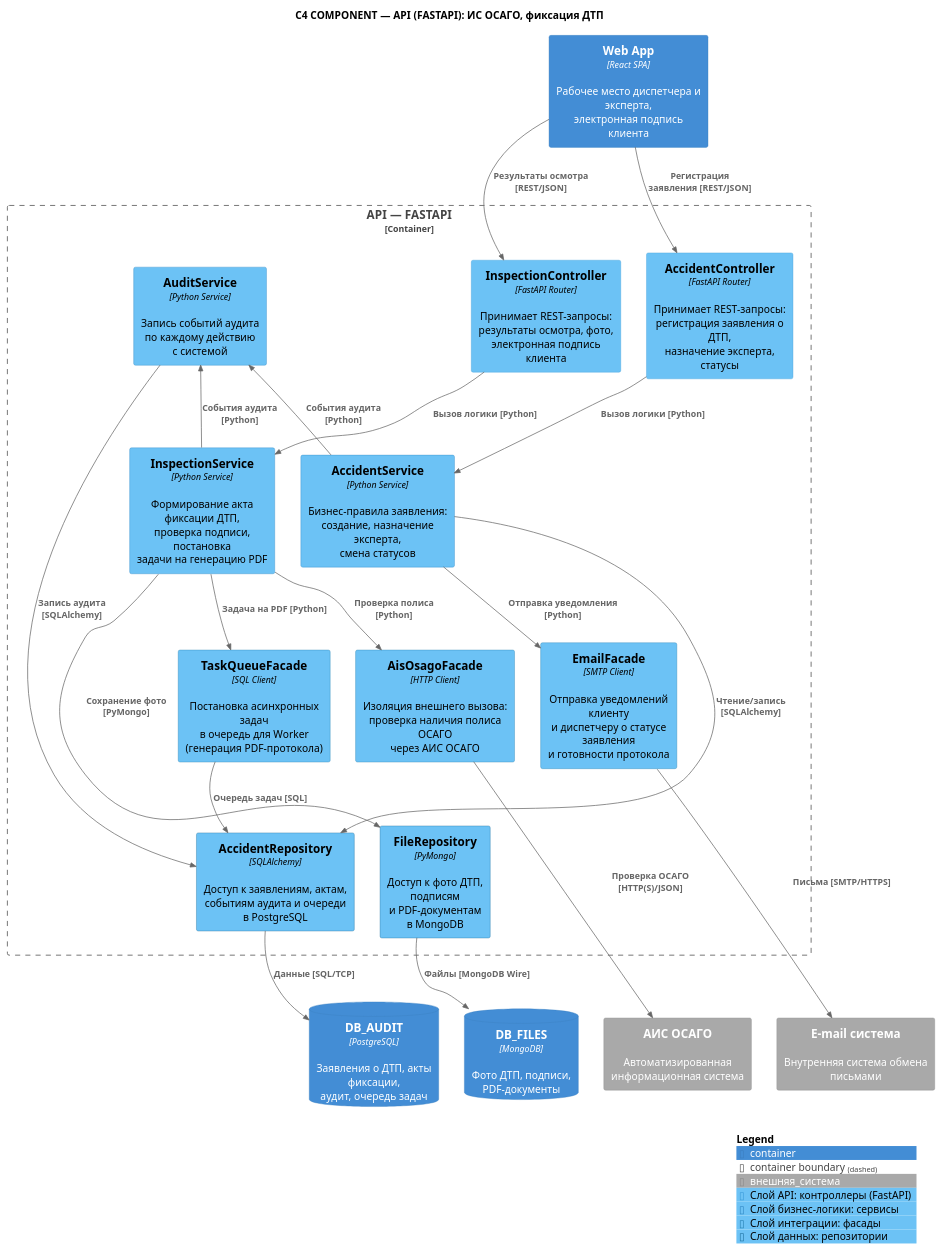
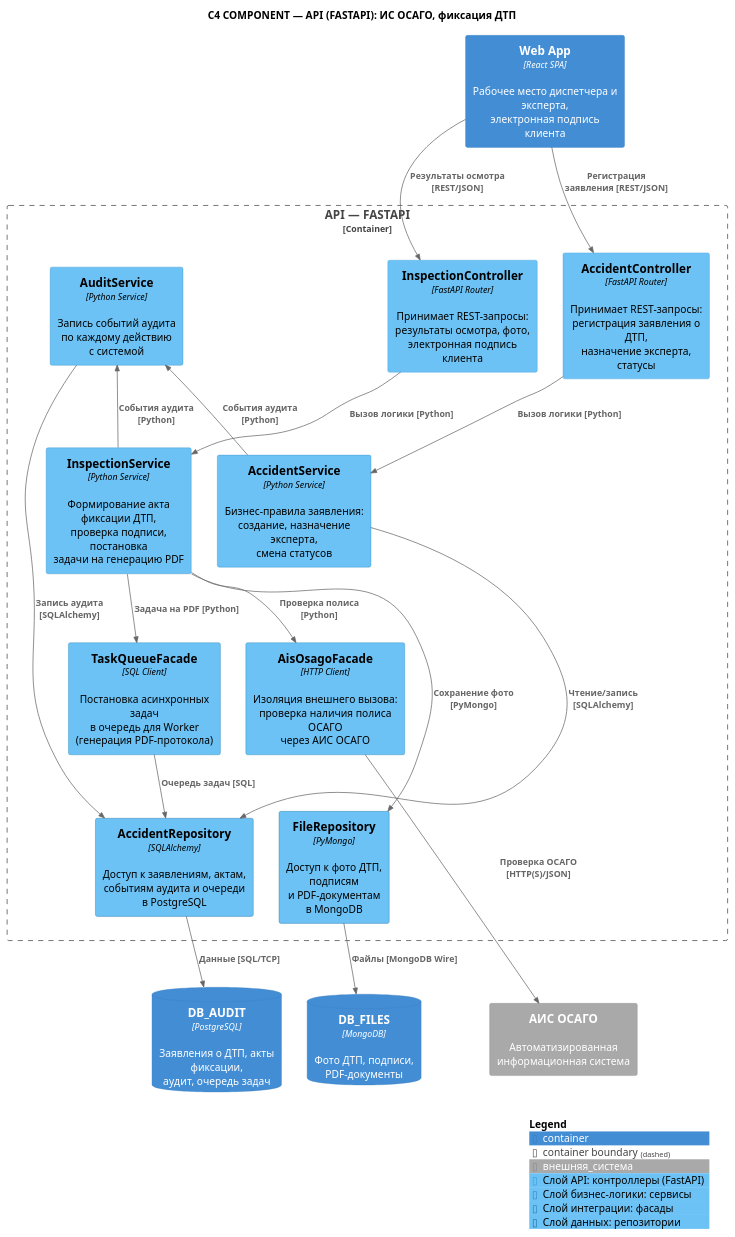
The diagram in docs_and_diagrams/Dima/component.puml (ElectricLight-ELO/Insurance-system), drawn with PlantUML before and after one commit. The commit also changed 1 other file, not shown here.

```diff
--- a/docs_and_diagrams/Dima/component.puml
+++ b/docs_and_diagrams/Dima/component.puml
@@ -1,139 +1,132 @@
 @startuml
 !include https://raw.githubusercontent.com/plantuml-stdlib/C4-PlantUML/master/C4_Component.puml
 
 title C4 COMPONENT — API (FASTAPI): ИС ОСАГО, фиксация ДТП
 
-' === НАСТРОЙКА ЦВЕТОВ (БЕЗ ИЗМЕНЕНИЙ) ===
 AddSystemTag("внешняя_система", $bgColor="#A9A9A9", $borderColor="#8A8A8A", $fontColor="#FFFFFF")
 
 AddComponentTag("api", $bgColor="#6cc2f5", $borderColor="#3A9BD8", $fontColor="#000000", $legendText="Слой API: контроллеры (FastAPI)")
 AddComponentTag("service", $bgColor="#6cc2f5", $borderColor="#2E86C1", $fontColor="#000000", $legendText="Слой бизнес-логики: сервисы")
 AddComponentTag("integration", $bgColor="#6cc2f5", $borderColor="#247FB0", $fontColor="#000000", $legendText="Слой интеграции: фасады")
 AddComponentTag("data", $bgColor="#6cc2f5", $borderColor="#1B6E9C", $fontColor="#000000", $legendText="Слой данных: репозитории")
 
-' === ВЫЗЫВАЮЩИЙ КОНТЕЙНЕР (СВЕРХУ) ===
 Container(web_app, "Web App", "React SPA", "Рабочее место диспетчера и эксперта,\nэлектронная подпись клиента")
 
-' === РАЗБИРАЕМЫЙ КОНТЕЙНЕР: API (FASTAPI) ===
 Container_Boundary(api, "API — FASTAPI") {
 
     ' --- Слой API / представления ---
     together {
         Component(c_insp, "InspectionController", "FastAPI Router", "Принимает REST-запросы:\nрезультаты осмотра, фото,\nэлектронная подпись клиента", $tags="api")
         Component(c_acc, "AccidentController", "FastAPI Router", "Принимает REST-запросы:\nрегистрация заявления о ДТП,\nназначение эксперта, статусы", $tags="api")
     }
 
     ' --- Слой бизнес-логики ---
     ' ВАЖНО: Ставим AuditService ПЕРВЫМ, чтобы он был слева, и связываем его right-связью
     together {
         Component(s_audit, "AuditService", "Python Service", "Запись событий аудита\nпо каждому действию\nс системой", $tags="service")
         Component(s_insp, "InspectionService", "Python Service", "Формирование акта фиксации ДТП,\nпроверка подписи, постановка\nзадачи на генерацию PDF", $tags="service")
         Component(s_acc, "AccidentService", "Python Service", "Бизнес-правила заявления:\nсоздание, назначение эксперта,\nсмена статусов", $tags="service")
     }
 
     ' --- Слой интеграции ---
     together {
         Component(f_task, "TaskQueueFacade", "SQL Client", "Постановка асинхронных задач\nв очередь для Worker\n(генерация PDF-протокола)", $tags="integration")
         Component(f_ais, "AisOsagoFacade", "HTTP Client", "Изоляция внешнего вызова:\nпроверка наличия полиса ОСАГО\nчерез АИС ОСАГО", $tags="integration")
-        Component(f_email, "EmailFacade", "SMTP Client", "Отправка уведомлений клиенту\nи диспетчеру о статусе заявления\nи готовности протокола", $tags="integration")
     }
 
     ' --- Слой доступа к данным ---
     together {
         Component(r_acc, "AccidentRepository", "SQLAlchemy", "Доступ к заявлениям, актам,\nсобытиям аудита и очереди\nв PostgreSQL", $tags="data")
         Component(r_file, "FileRepository", "PyMongo", "Доступ к фото ДТП, подписям\nи PDF-документам\nв MongoDB", $tags="data")
     }
 }
 
 ' === ВНЕШНИЕ СИСТЕМЫ И БД (СНИЗУ) ===
 together {
     ContainerDb(db_audit, "DB_AUDIT", "PostgreSQL", "Заявления о ДТП, акты фиксации,\nаудит, очередь задач")
     ContainerDb(db_files, "DB_FILES", "MongoDB", "Фото ДТП, подписи,\nPDF-документы")
 }
 together {
     System_Ext(ais_osago, "АИС ОСАГО", "Автоматизированная информационная система", $tags="внешняя_система")
-    System_Ext(email_sys, "E-mail система", "Внутренняя система обмена письмами", $tags="внешняя_система")
 }
 
 ' === СВЯЗИ (RELATIONSHIPS) ===
 
 ' Web App -> Контроллеры
 Rel(web_app, c_insp, "Результаты осмотра [REST/JSON]")
 Rel(web_app, c_acc, "Регистрация заявления [REST/JSON]")
 
 ' Контроллеры -> Сервисы
 Rel(c_insp, s_insp, "Вызов логики [Python]")
 Rel(c_acc, s_acc, "Вызов логики [Python]")
 
 ' Сервисы -> Аудит (теперь AuditService слева, стрелки будут короткими)
 Rel(s_insp, s_audit, "События аудита [Python]")
 Rel(s_acc, s_audit, "События аудита [Python]")
 
 ' Сервисы -> Фасады
 Rel(s_insp, f_task, "Задача на PDF [Python]")
 Rel(s_insp, f_ais, "Проверка полиса [Python]")
-Rel(s_acc, f_email, "Отправка уведомления [Python]")
 
 ' Сервисы -> Репозитории
 Rel(s_acc, r_acc, "Чтение/запись [SQLAlchemy]")
 Rel(s_insp, r_file, "Сохранение фото [PyMongo]")
 Rel(s_audit, r_acc, "Запись аудита [SQLAlchemy]")
 
 ' Фасад -> Репозиторий
 Rel(f_task, r_acc, "Очередь задач [SQL]")
 
 ' Репозитории -> БД
 Rel(r_acc, db_audit, "Данные [SQL/TCP]")
 Rel(r_file, db_files, "Файлы [MongoDB Wire]")
 
 ' Фасад -> Внешняя система
 Rel(f_ais, ais_osago, "Проверка ОСАГО [HTTP(S)/JSON]")
-Rel(f_email, email_sys, "Письма [SMTP/HTTPS]")
 
 ' === УПРАВЛЕНИЕ LAYOUT (СКРЫТЫЕ СВЯЗИ) ===
 ' ЖЕСТКАЯ СЕТКА: ЭТО ГЛАВНОЕ ИСПРАВЛЕНИЕ
 
 ' 1. Выстраиваем контроллеры в ряд (Inspection слева, Accident справа)
 c_insp -[hidden]right- c_acc
 
 ' 2. Выстраиваем сервисы в ряд (Audit слева, Inspection в центре, Accident справа)
 s_audit -[hidden]right- s_insp
 s_insp -[hidden]right- s_acc
 
 ' 3. Выстраиваем фасады в ряд (Task в центре, Ais справа, Email под Accident)
 f_task -[hidden]right- f_ais
-f_ais -[hidden]right- f_email
+
 
 ' 4. Выстраиваем репозитории в ряд
 r_acc -[hidden]right- r_file
 
 ' 5. Выстраиваем БД и внешние системы в ряд
 db_audit -[hidden]right- db_files
 db_files -[hidden]right- ais_osago
-ais_osago -[hidden]right- email_sys
+
 
 ' 6. Вертикальные связи для жесткой иерархии слоев
 ' Контроллеры строго над сервисами
 c_insp -[hidden]down- s_insp
 c_acc -[hidden]down- s_acc
 
 ' Сервисы строго над фасадами
 s_insp -[hidden]down- f_task
 s_acc -[hidden]down- f_ais
 
 ' Фасады строго над репозиториями
 f_task -[hidden]down- r_acc
 f_ais -[hidden]down- r_file
 
 ' Репозитории строго над БД
 r_acc -[hidden]down- db_audit
 r_file -[hidden]down- db_files
 
 ' Web App строго над контроллерами
 web_app -[hidden]down- c_insp
 web_app -[hidden]down- c_acc
 
 ' === ЛЕГЕНДА ===
 SHOW_LEGEND()
 
 @enduml
```
